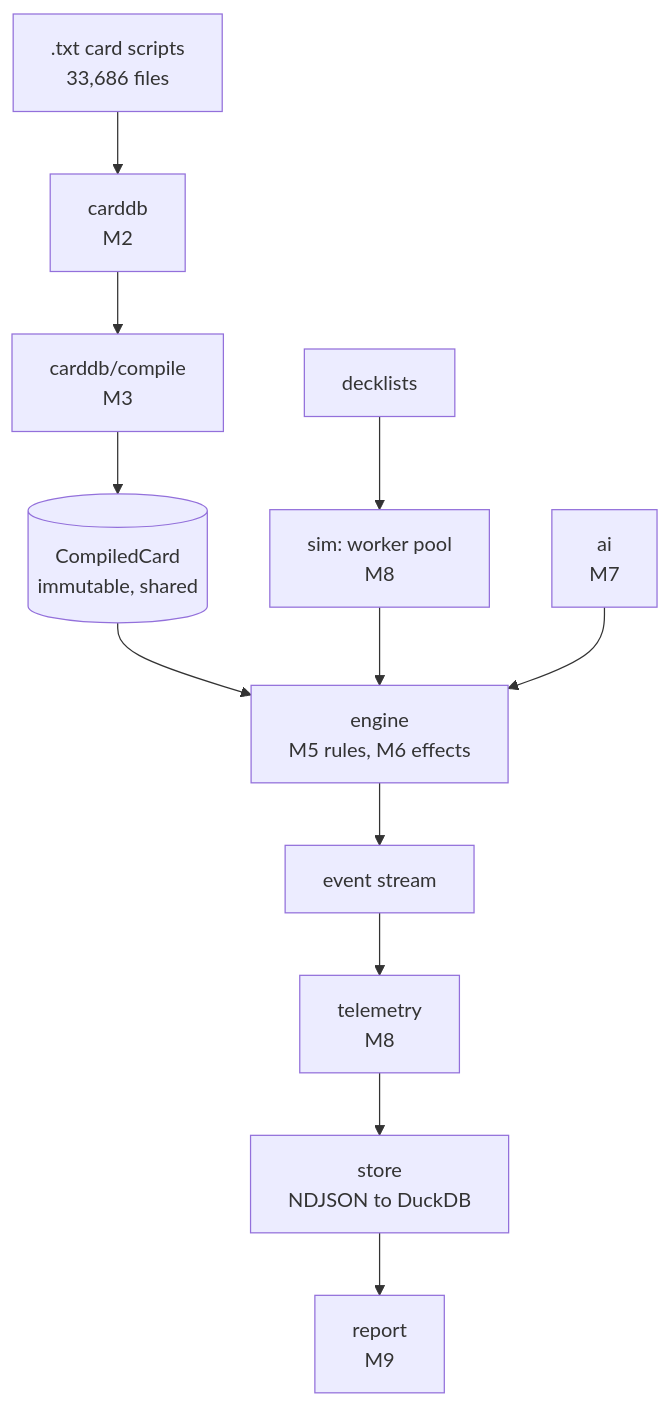
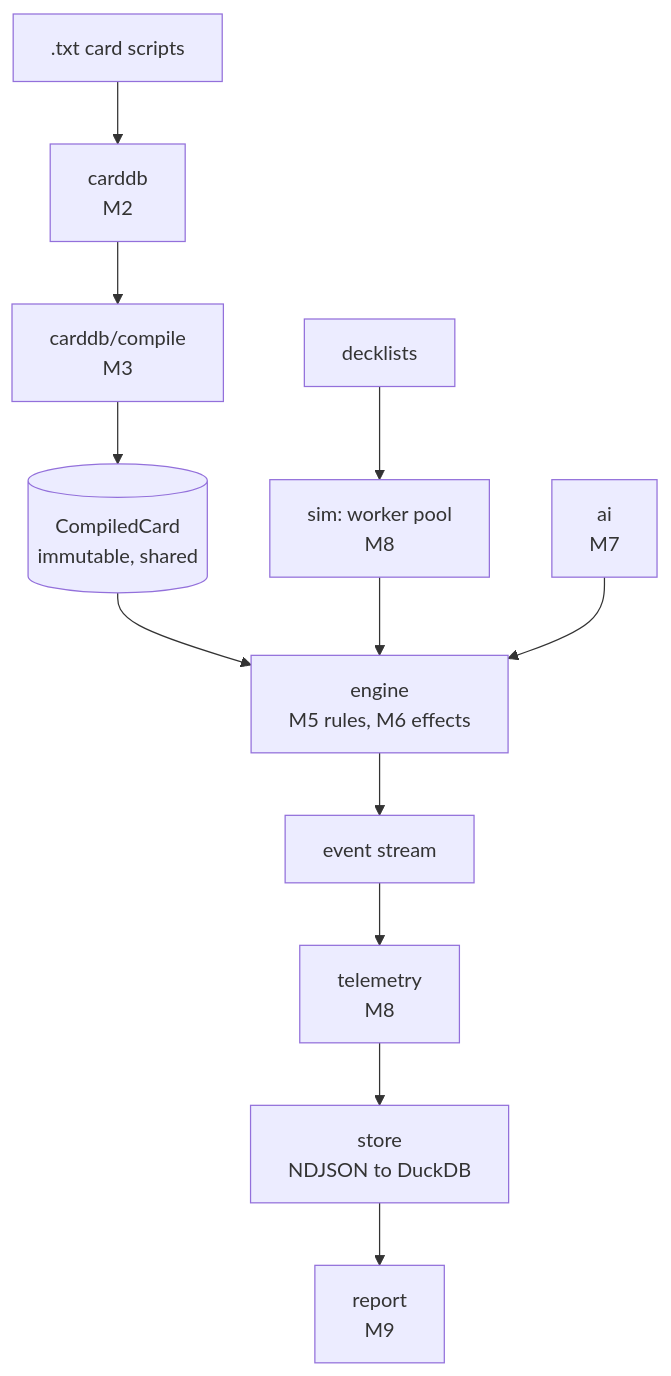
The diagram in docs/crucible/architecture/system-overview.md (Card-Forge/forge), drawn with Mermaid before and after one commit. The commit also changed other lines of this file and 21 other files, not shown here.

````diff
--- a/docs/crucible/architecture/system-overview.md
+++ b/docs/crucible/architecture/system-overview.md
@@ -80,14 +80,14 @@
 ```mermaid
 flowchart TB
-  scripts[".txt card scripts<br/>33,686 files"] --> carddb["carddb<br/>M2"]
+  scripts[".txt card scripts"] --> carddb["carddb<br/>M2"]
   carddb --> compile["carddb/compile<br/>M3"]
   compile --> defs[("CompiledCard<br/>immutable, shared")]
   decks["decklists"] --> sim["sim: worker pool<br/>M8"]
   defs --> engine["engine<br/>M5 rules, M6 effects"]
   sim --> engine
   ai["ai<br/>M7"] --> engine
   engine --> events["event stream"]
   events --> tel["telemetry<br/>M8"]
   tel --> store["store<br/>NDJSON to DuckDB"]
   store --> report["report<br/>M9"]
 ```
````
